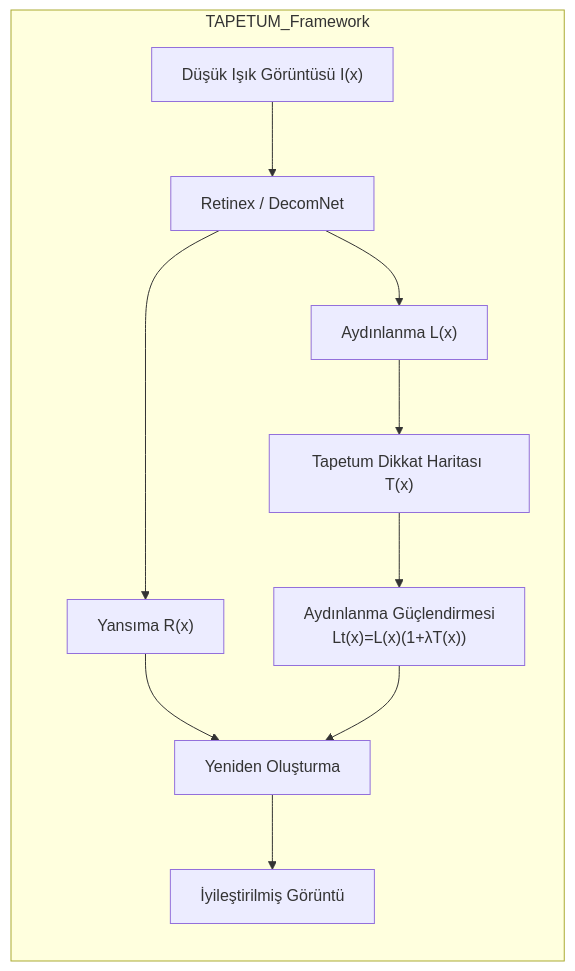
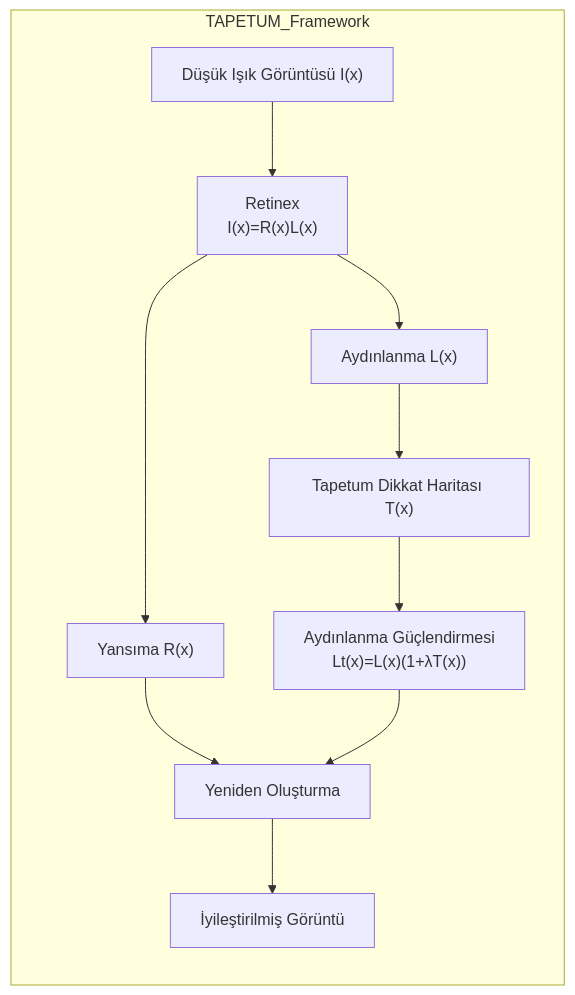
One commit to muratdelen/TAPETUM changed the third of 6 diagrams in README_TR.md. Above: the diagram before and after it, drawn with Mermaid. The commit also changed other lines of this file, not shown here.

````diff
--- a/README_TR.md
+++ b/README_TR.md
@@ -115,16 +133,17 @@
 ```mermaid
 flowchart LR
 
 subgraph TAPETUM_Framework
 H["Düşük Işık Görüntüsü I(x)"]
-H --> I["Retinex / DecomNet"]
+H --> I["Retinex
+I(x)=R(x)L(x)"]
 I --> J["Yansıma R(x)"]
 I --> K["Aydınlanma L(x)"]
 K --> L["Tapetum Dikkat Haritası T(x)"]
 L --> M["Aydınlanma Güçlendirmesi
 Lt(x)=L(x)(1+λT(x))"]
 J --> N["Yeniden Oluşturma"]
 M --> N
 N --> O["İyileştirilmiş Görüntü"]
 end
 ```
````
